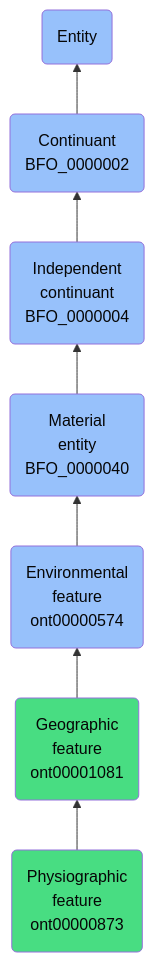
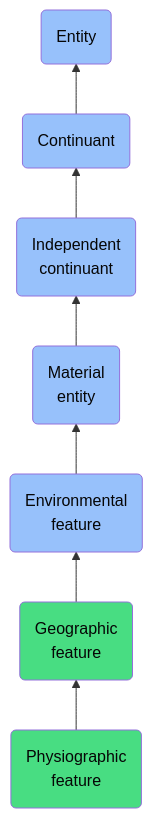
One commit to jupyter-naas/abi changed the diagram in docs/ontology/reference/model/Entity/Continuant/Independent continuant/Material entity/Environmental feature/Geographic feature/Physiographic feature/Physiographic feature.md. Above: the diagram before and after it, drawn with Mermaid. The commit also changed other lines of this file and 1430 other files, not shown here.

````diff
--- a/docs/ontology/reference/model/Entity/Continuant/Independent continuant/Material entity/Environmental feature/Geographic feature/Physiographic feature/Physiographic feature.md
+++ b/docs/ontology/reference/model/Entity/Continuant/Independent continuant/Material entity/Environmental feature/Geographic feature/Physiographic feature/Physiographic feature.md
@@ -24,14 +24,14 @@
 ```mermaid
 graph BT
-    ont00000873(Physiographic<br>feature<br>ont00000873):::ABI-->ont00001081
-    ont00001081(Geographic<br>feature<br>ont00001081):::ABI-->ont00000574
-    ont00000574(Environmental<br>feature<br>ont00000574):::BFO-->BFO_0000040
-    BFO_0000040(Material<br>entity<br>BFO_0000040):::BFO-->BFO_0000004
-    BFO_0000004(Independent<br>continuant<br>BFO_0000004):::BFO-->BFO_0000002
-    BFO_0000002(Continuant<br>BFO_0000002):::BFO-->BFO_0000001
+    ont00000873(Physiographic<br>feature):::ABI-->ont00001081
+    ont00001081(Geographic<br>feature):::ABI-->ont00000574
+    ont00000574(Environmental<br>feature):::BFO-->BFO_0000040
+    BFO_0000040(Material<br>entity):::BFO-->BFO_0000004
+    BFO_0000004(Independent<br>continuant):::BFO-->BFO_0000002
+    BFO_0000002(Continuant):::BFO-->BFO_0000001
     BFO_0000001(Entity):::BFO
     
     classDef BFO fill:#97c1fb,color:#060606
     classDef CCO fill:#e4c51e,color:#060606
     classDef ABI fill:#48DD82,color:#060606
 ```
````
